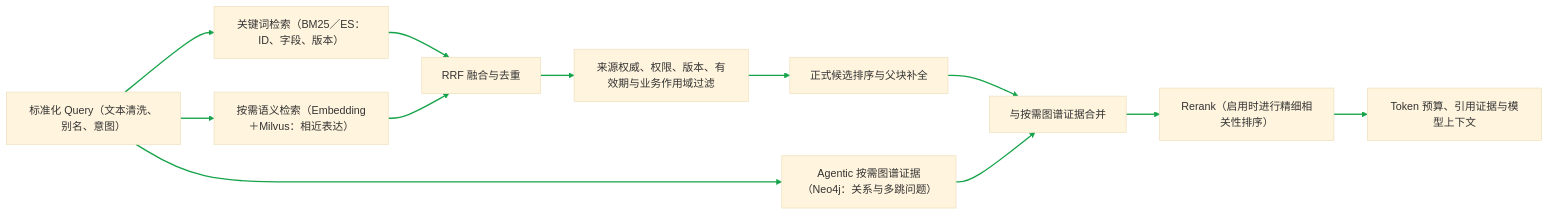
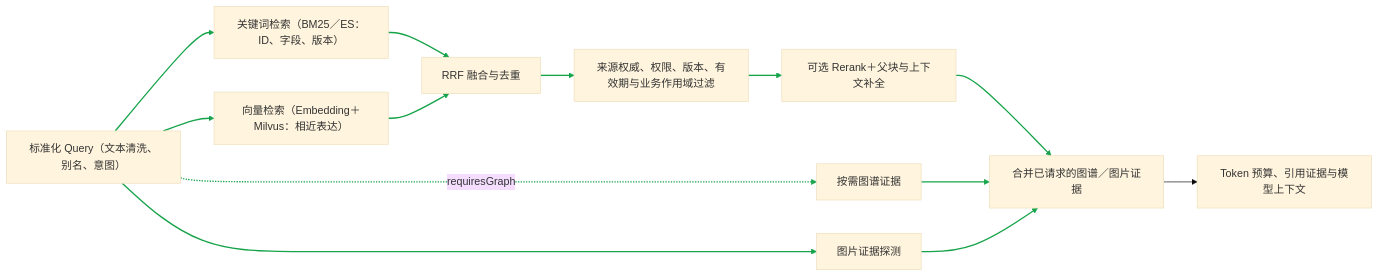
Before and after one commit to monstereatai/RAG: diagram 13 of 29 in docs/interview/功能步骤流程.md, drawn with Mermaid (base theme). The commit also changed other lines of this file and 37 other files, not shown here.

````diff
--- a/docs/interview/功能步骤流程.md
+++ b/docs/interview/功能步骤流程.md
@@ -519,15 +602,16 @@
 ```mermaid
 flowchart LR
   A[标准化 Query（文本清洗、别名、意图）] --> B[关键词检索（BM25／ES：ID、字段、版本）]
-  A --> C[按需语义检索（Embedding＋Milvus：相近表达）]
-  A --> D[Agentic 按需图谱证据（Neo4j：关系与多跳问题）]
+  A --> C[向量检索（Embedding＋Milvus：相近表达）]
+  A -. requiresGraph .-> D[按需图谱证据]
+  A --> P[图片证据探测]
   B --> E[RRF 融合与去重]
   C --> E
   E --> F[来源权威、权限、版本、有效期与业务作用域过滤]
-  F --> G[正式候选排序与父块补全]
-  G --> H[与按需图谱证据合并]
+  F --> G[可选 Rerank＋父块与上下文补全]
+  G --> H[合并已请求的图谱／图片证据]
   D --> H
-  H --> I[Rerank（启用时进行精细相关性排序）]
-  I --> J[Token 预算、引用证据与模型上下文]
+  P --> H
+  H --> I[Token 预算、引用证据与模型上下文]
   linkStyle 0,1,2,3,4,5,6,7,8,9,10 stroke:#16a34a,stroke-width:2px
 ```
````
